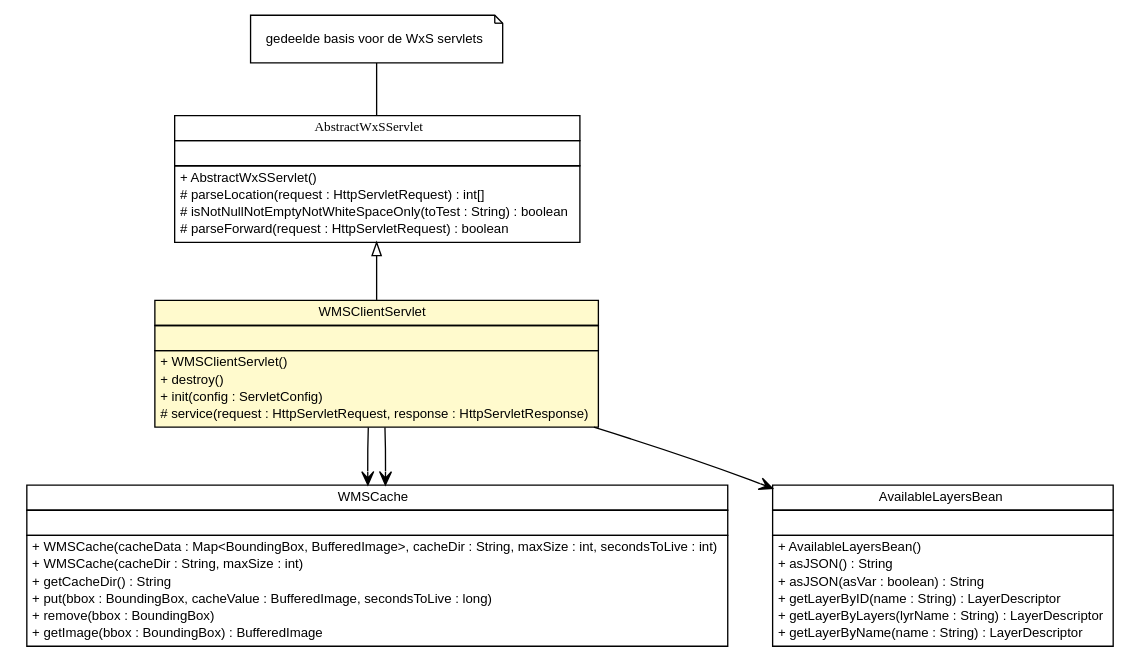
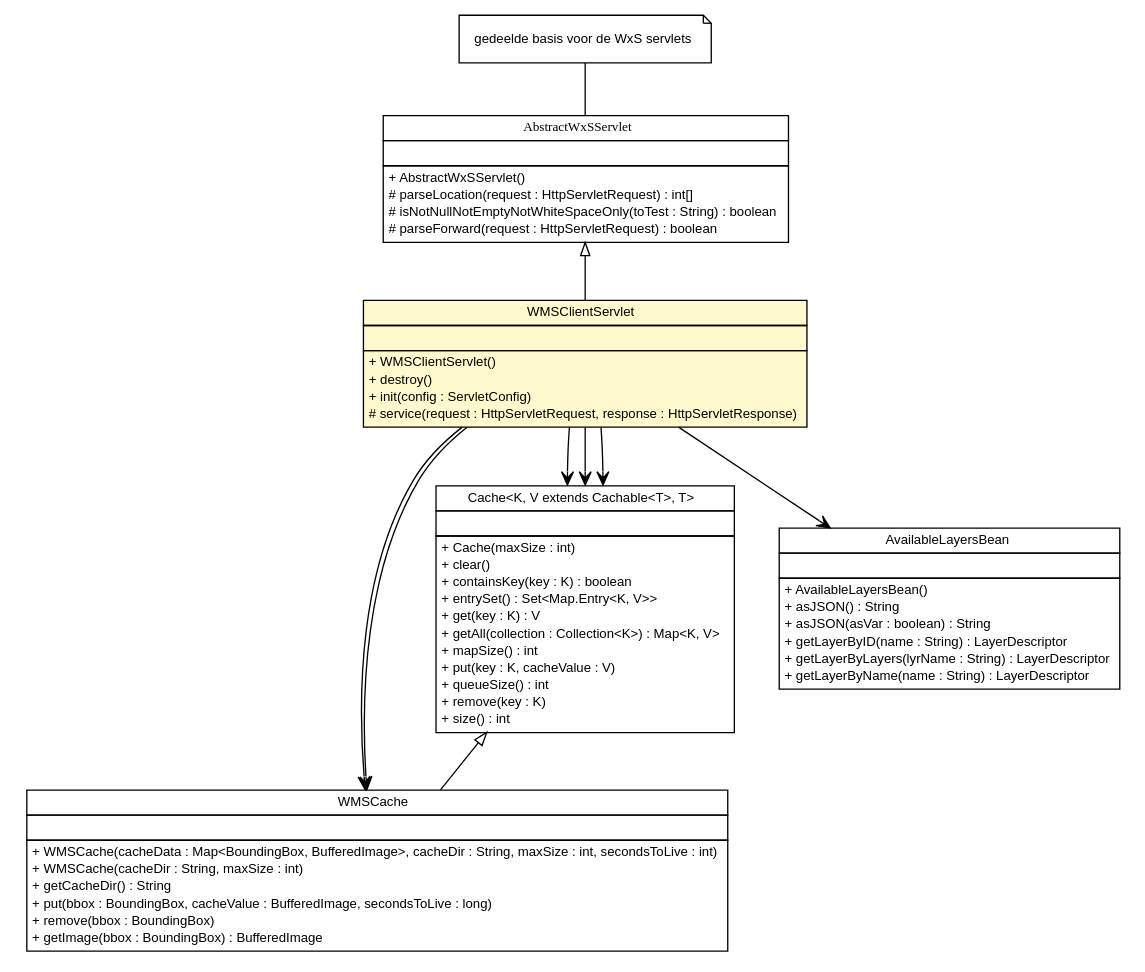
One commit to MinELenI/CBSviewer changed the diagram in apidocs/nl/mineleni/cbsviewer/servlet/wms/WMSClientServlet.dot. Above: the diagram before and after it, drawn with Graphviz. The commit also changed 292 other files, not shown here.

```diff
--- a/apidocs/nl/mineleni/cbsviewer/servlet/wms/WMSClientServlet.dot
+++ b/apidocs/nl/mineleni/cbsviewer/servlet/wms/WMSClientServlet.dot
@@ -1,91 +1,121 @@
 #!/usr/local/bin/dot
 #
 # Class diagram 
 # Generated by UMLGraph version R5_6 (http://www.umlgraph.org/)
 #
 
 digraph G {
 	edge [fontname="arial",fontsize=10,labelfontname="arial",labelfontsize=10];
 	node [fontname="arial",fontsize=10,shape=plaintext];
 	nodesep=0.25;
 	ranksep=0.5;
 	// nl.mineleni.cbsviewer.servlet.AbstractWxSServlet
 	c2302 [label=<<table title="nl.mineleni.cbsviewer.servlet.AbstractWxSServlet" border="0" cellborder="1" cellspacing="0" cellpadding="2" port="p" href="../AbstractWxSServlet.html">
 		<tr><td><table border="0" cellspacing="0" cellpadding="1">
 <tr><td align="center" balign="center"><font face="arial italic"> AbstractWxSServlet </font></td></tr>
 		</table></td></tr>
 		<tr><td><table border="0" cellspacing="0" cellpadding="1">
 <tr><td align="left" balign="left">  </td></tr>
 		</table></td></tr>
 		<tr><td><table border="0" cellspacing="0" cellpadding="1">
 <tr><td align="left" balign="left"> + AbstractWxSServlet() </td></tr>
 <tr><td align="left" balign="left"> # parseLocation(request : HttpServletRequest) : int[] </td></tr>
 <tr><td align="left" balign="left"> # isNotNullNotEmptyNotWhiteSpaceOnly(toTest : String) : boolean </td></tr>
 <tr><td align="left" balign="left"> # parseForward(request : HttpServletRequest) : boolean </td></tr>
 		</table></td></tr>
 		</table>>, URL="../AbstractWxSServlet.html", fontname="arial", fontcolor="black", fontsize=10.0];
 	// Note annotation
 	n0cc2302 [label=<<table title="nl.mineleni.cbsviewer.servlet.AbstractWxSServlet" border="0" cellborder="0" cellspacing="0" cellpadding="2" port="p" href="../AbstractWxSServlet.html">
 		<tr><td><table border="0" cellspacing="0" cellpadding="1">
 <tr><td align="left" balign="left"> gedeelde basis voor de WxS servlets </td></tr>
 		</table></td></tr>
 		</table>>, fontname="arial", fontcolor="black", fontsize=10.0, shape=note];
 	n0cc2302 -> c2302:p[arrowhead=none];
 	// nl.mineleni.cbsviewer.servlet.wms.WMSClientServlet
 	c2308 [label=<<table title="nl.mineleni.cbsviewer.servlet.wms.WMSClientServlet" border="0" cellborder="1" cellspacing="0" cellpadding="2" port="p" bgcolor="lemonChiffon" href="./WMSClientServlet.html">
 		<tr><td><table border="0" cellspacing="0" cellpadding="1">
 <tr><td align="center" balign="center"> WMSClientServlet </td></tr>
 		</table></td></tr>
 		<tr><td><table border="0" cellspacing="0" cellpadding="1">
 <tr><td align="left" balign="left">  </td></tr>
 		</table></td></tr>
 		<tr><td><table border="0" cellspacing="0" cellpadding="1">
 <tr><td align="left" balign="left"> + WMSClientServlet() </td></tr>
 <tr><td align="left" balign="left"> + destroy() </td></tr>
 <tr><td align="left" balign="left"> + init(config : ServletConfig) </td></tr>
 <tr><td align="left" balign="left"> # service(request : HttpServletRequest, response : HttpServletResponse) </td></tr>
 		</table></td></tr>
 		</table>>, URL="./WMSClientServlet.html", fontname="arial", fontcolor="black", fontsize=10.0];
 	// nl.mineleni.cbsviewer.servlet.wms.cache.WMSCache
 	c2312 [label=<<table title="nl.mineleni.cbsviewer.servlet.wms.cache.WMSCache" border="0" cellborder="1" cellspacing="0" cellpadding="2" port="p" href="./cache/WMSCache.html">
 		<tr><td><table border="0" cellspacing="0" cellpadding="1">
 <tr><td align="center" balign="center"> WMSCache </td></tr>
 		</table></td></tr>
 		<tr><td><table border="0" cellspacing="0" cellpadding="1">
 <tr><td align="left" balign="left">  </td></tr>
 		</table></td></tr>
 		<tr><td><table border="0" cellspacing="0" cellpadding="1">
 <tr><td align="left" balign="left"> + WMSCache(cacheData : Map&lt;BoundingBox, BufferedImage&gt;, cacheDir : String, maxSize : int, secondsToLive : int) </td></tr>
 <tr><td align="left" balign="left"> + WMSCache(cacheDir : String, maxSize : int) </td></tr>
 <tr><td align="left" balign="left"> + getCacheDir() : String </td></tr>
 <tr><td align="left" balign="left"> + put(bbox : BoundingBox, cacheValue : BufferedImage, secondsToLive : long) </td></tr>
 <tr><td align="left" balign="left"> + remove(bbox : BoundingBox) </td></tr>
 <tr><td align="left" balign="left"> + getImage(bbox : BoundingBox) : BufferedImage </td></tr>
 		</table></td></tr>
 		</table>>, URL="./cache/WMSCache.html", fontname="arial", fontcolor="black", fontsize=10.0];
+	// nl.mineleni.cbsviewer.servlet.wms.cache.Cache<K, V extends nl.mineleni.cbsviewer.servlet.wms.cache.Cachable<T>, T>
+	c2315 [label=<<table title="nl.mineleni.cbsviewer.servlet.wms.cache.Cache" border="0" cellborder="1" cellspacing="0" cellpadding="2" port="p" href="./cache/Cache.html">
+		<tr><td><table border="0" cellspacing="0" cellpadding="1">
+<tr><td align="center" balign="center"> Cache&lt;K, V extends Cachable&lt;T&gt;, T&gt; </td></tr>
+		</table></td></tr>
+		<tr><td><table border="0" cellspacing="0" cellpadding="1">
+<tr><td align="left" balign="left">  </td></tr>
+		</table></td></tr>
+		<tr><td><table border="0" cellspacing="0" cellpadding="1">
+<tr><td align="left" balign="left"> + Cache(maxSize : int) </td></tr>
+<tr><td align="left" balign="left"> + clear() </td></tr>
+<tr><td align="left" balign="left"> + containsKey(key : K) : boolean </td></tr>
+<tr><td align="left" balign="left"> + entrySet() : Set&lt;Map.Entry&lt;K, V&gt;&gt; </td></tr>
+<tr><td align="left" balign="left"> + get(key : K) : V </td></tr>
+<tr><td align="left" balign="left"> + getAll(collection : Collection&lt;K&gt;) : Map&lt;K, V&gt; </td></tr>
+<tr><td align="left" balign="left"> + mapSize() : int </td></tr>
+<tr><td align="left" balign="left"> + put(key : K, cacheValue : V) </td></tr>
+<tr><td align="left" balign="left"> + queueSize() : int </td></tr>
+<tr><td align="left" balign="left"> + remove(key : K) </td></tr>
+<tr><td align="left" balign="left"> + size() : int </td></tr>
+		</table></td></tr>
+		</table>>, URL="./cache/Cache.html", fontname="arial", fontcolor="black", fontsize=10.0];
 	// nl.mineleni.cbsviewer.util.AvailableLayersBean
 	c2325 [label=<<table title="nl.mineleni.cbsviewer.util.AvailableLayersBean" border="0" cellborder="1" cellspacing="0" cellpadding="2" port="p" href="../../util/AvailableLayersBean.html">
 		<tr><td><table border="0" cellspacing="0" cellpadding="1">
 <tr><td align="center" balign="center"> AvailableLayersBean </td></tr>
 		</table></td></tr>
 		<tr><td><table border="0" cellspacing="0" cellpadding="1">
 <tr><td align="left" balign="left">  </td></tr>
 		</table></td></tr>
 		<tr><td><table border="0" cellspacing="0" cellpadding="1">
 <tr><td align="left" balign="left"> + AvailableLayersBean() </td></tr>
 <tr><td align="left" balign="left"> + asJSON() : String </td></tr>
 <tr><td align="left" balign="left"> + asJSON(asVar : boolean) : String </td></tr>
 <tr><td align="left" balign="left"> + getLayerByID(name : String) : LayerDescriptor </td></tr>
 <tr><td align="left" balign="left"> + getLayerByLayers(lyrName : String) : LayerDescriptor </td></tr>
 <tr><td align="left" balign="left"> + getLayerByName(name : String) : LayerDescriptor </td></tr>
 		</table></td></tr>
 		</table>>, URL="../../util/AvailableLayersBean.html", fontname="arial", fontcolor="black", fontsize=10.0];
 	//nl.mineleni.cbsviewer.servlet.wms.WMSClientServlet extends nl.mineleni.cbsviewer.servlet.AbstractWxSServlet
 	c2302:p -> c2308:p [dir=back,arrowtail=empty];
+	//nl.mineleni.cbsviewer.servlet.wms.cache.WMSCache extends nl.mineleni.cbsviewer.servlet.wms.cache.Cache<org.opengis.geometry.BoundingBox, nl.mineleni.cbsviewer.servlet.wms.cache.CacheImage, java.awt.image.BufferedImage>
+	c2315:p -> c2312:p [dir=back,arrowtail=empty];
+	// nl.mineleni.cbsviewer.servlet.wms.WMSClientServlet NAVASSOC nl.mineleni.cbsviewer.servlet.wms.cache.Cache<K, V extends nl.mineleni.cbsviewer.servlet.wms.cache.Cachable<T>, T>
+	c2308:p -> c2315:p [taillabel="", label="", headlabel="", fontname="arial", fontcolor="black", fontsize=10.0, color="black", arrowhead=open];
+	// nl.mineleni.cbsviewer.servlet.wms.WMSClientServlet NAVASSOC nl.mineleni.cbsviewer.servlet.wms.cache.Cache<K, V extends nl.mineleni.cbsviewer.servlet.wms.cache.Cachable<T>, T>
+	c2308:p -> c2315:p [taillabel="", label="", headlabel="", fontname="arial", fontcolor="black", fontsize=10.0, color="black", arrowhead=open];
+	// nl.mineleni.cbsviewer.servlet.wms.WMSClientServlet NAVASSOC nl.mineleni.cbsviewer.servlet.wms.cache.Cache<K, V extends nl.mineleni.cbsviewer.servlet.wms.cache.Cachable<T>, T>
+	c2308:p -> c2315:p [taillabel="", label="", headlabel="", fontname="arial", fontcolor="black", fontsize=10.0, color="black", arrowhead=open];
 	// nl.mineleni.cbsviewer.servlet.wms.WMSClientServlet NAVASSOC nl.mineleni.cbsviewer.util.AvailableLayersBean
 	c2308:p -> c2325:p [taillabel="", label="", headlabel="", fontname="arial", fontcolor="black", fontsize=10.0, color="black", arrowhead=open];
 	// nl.mineleni.cbsviewer.servlet.wms.WMSClientServlet NAVASSOC nl.mineleni.cbsviewer.servlet.wms.cache.WMSCache
 	c2308:p -> c2312:p [taillabel="", label="", headlabel="", fontname="arial", fontcolor="black", fontsize=10.0, color="black", arrowhead=open];
 	// nl.mineleni.cbsviewer.servlet.wms.WMSClientServlet NAVASSOC nl.mineleni.cbsviewer.servlet.wms.cache.WMSCache
 	c2308:p -> c2312:p [taillabel="", label="", headlabel="", fontname="arial", fontcolor="black", fontsize=10.0, color="black", arrowhead=open];
 }
```
